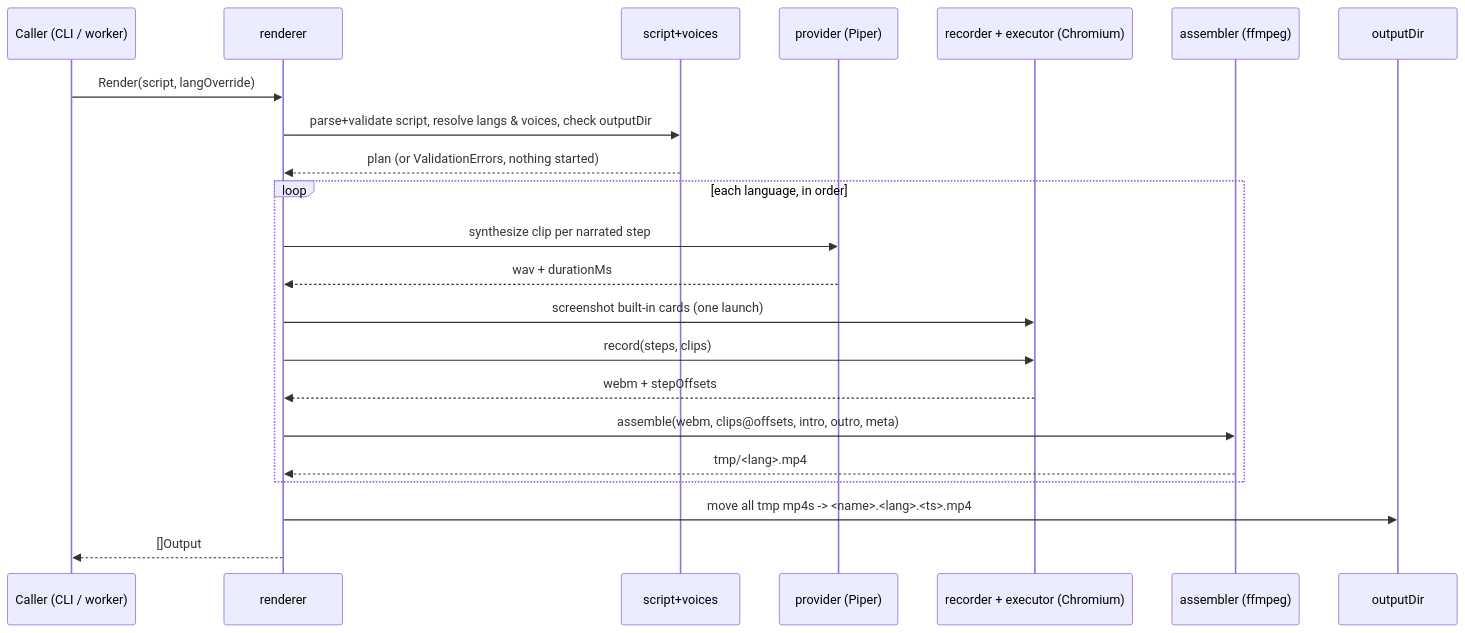
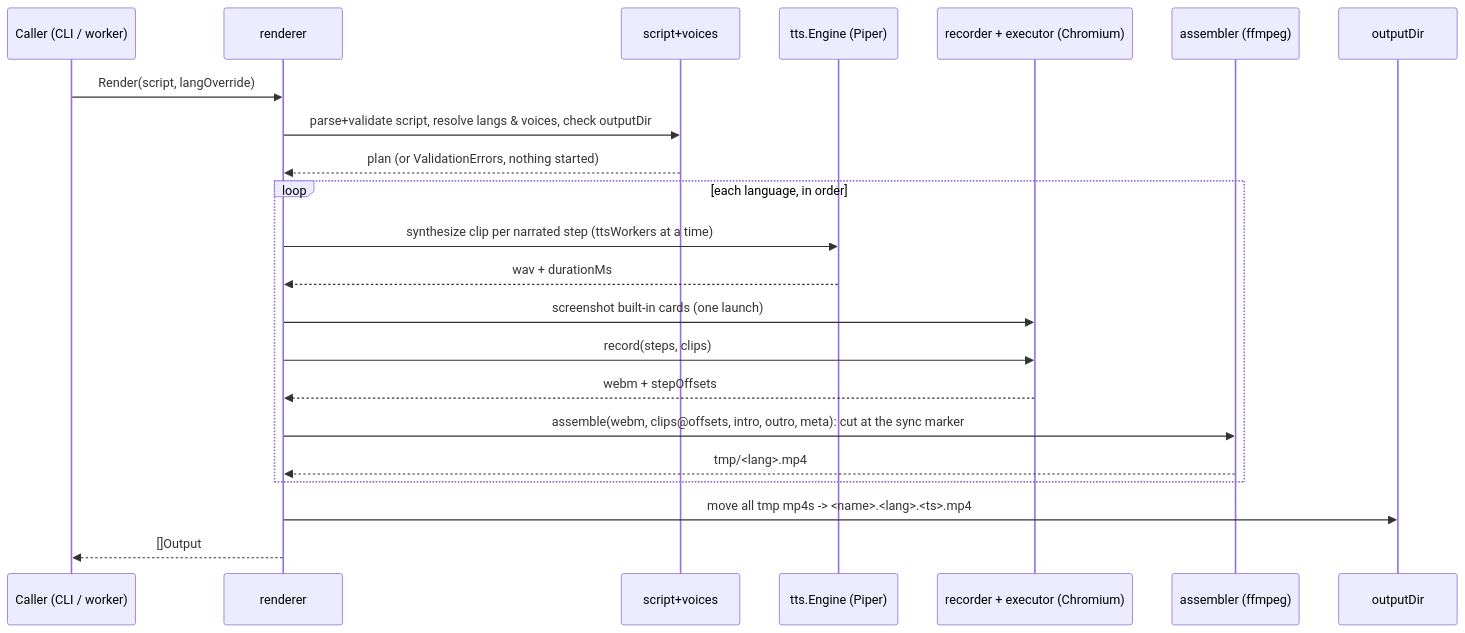
The second of 3 diagrams in docs/ARCHITECTURE.md (makuchpatryk/screencaster), drawn with Mermaid before and after one commit. The commit also changed other lines of this file and 154 other files, not shown here.

````diff
--- a/docs/ARCHITECTURE.md
+++ b/docs/ARCHITECTURE.md
@@ -93,25 +98,25 @@
 ```mermaid
 sequenceDiagram
     participant C as Caller (CLI / worker)
     participant R as renderer
     participant V as script+voices
-    participant T as provider (Piper)
+    participant T as tts.Engine (Piper)
     participant B as recorder + executor (Chromium)
     participant A as assembler (ffmpeg)
     participant FS as outputDir
 
     C->>R: Render(script, langOverride)
     R->>V: parse+validate script, resolve langs & voices, check outputDir
     V-->>R: plan (or ValidationErrors, nothing started)
     loop each language, in order
-        R->>T: synthesize clip per narrated step
+        R->>T: synthesize clip per narrated step (ttsWorkers at a time)
         T-->>R: wav + durationMs
         R->>B: screenshot built-in cards (one launch)
         R->>B: record(steps, clips)
         B-->>R: webm + stepOffsets
-        R->>A: assemble(webm, clips@offsets, intro, outro, meta)
+        R->>A: assemble(webm, clips@offsets, intro, outro, meta): cut at the sync marker
         A-->>R: tmp/<lang>.mp4
     end
     R->>FS: move all tmp mp4s -> <name>.<lang>.<ts>.mp4
     R-->>C: []Output
 ```
````
